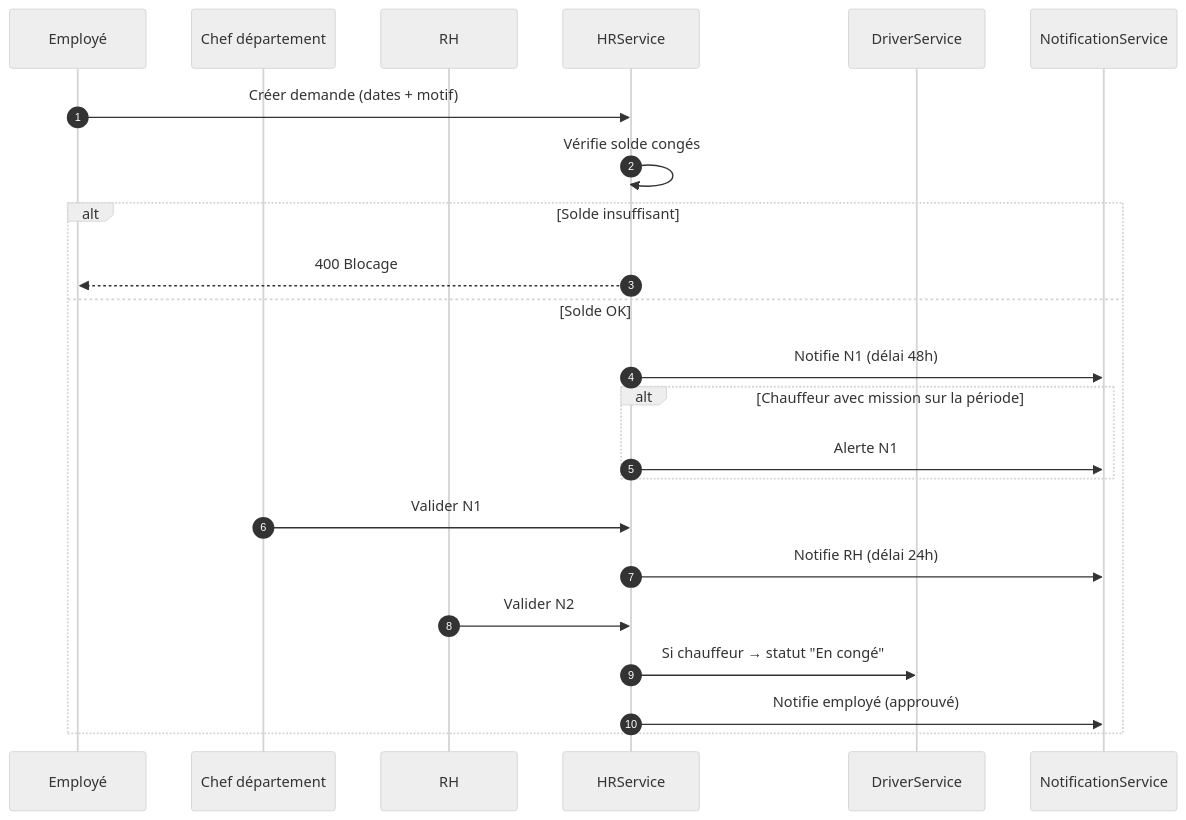
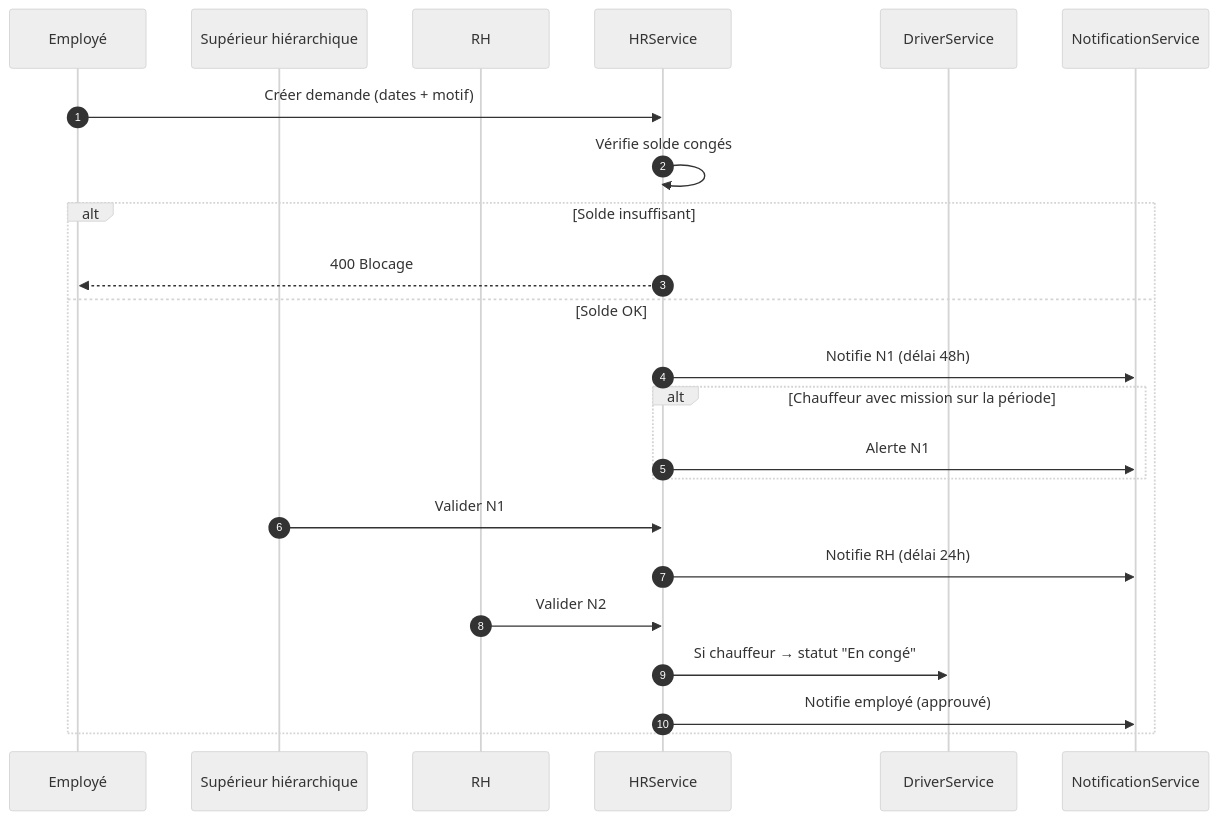
Before and after one commit to AFAQSUCA/erp-densource: the eighth of 10 diagrams in architecture.md, drawn with Mermaid (neutral theme). The commit also changed 18 other files, not shown here.

````diff
--- a/architecture.md
+++ b/architecture.md
@@ -315,26 +315,26 @@
 ```mermaid
 sequenceDiagram
     autonumber
     participant E as Employé
-    participant N1 as Chef département
+    participant N1 as Supérieur hiérarchique
     participant RH as RH
     participant S as HRService
     participant D as DriverService
     participant N as NotificationService
 
     E->>S: Créer demande (dates + motif)
     S->>S: Vérifie solde congés
     alt Solde insuffisant
         S-->>E: 400 Blocage
     else Solde OK
         S->>N: Notifie N1 (délai 48h)
         alt Chauffeur avec mission sur la période
             S->>N: Alerte N1
         end
         N1->>S: Valider N1
         S->>N: Notifie RH (délai 24h)
         RH->>S: Valider N2
         S->>D: Si chauffeur → statut "En congé"
         S->>N: Notifie employé (approuvé)
     end
 ```
````
